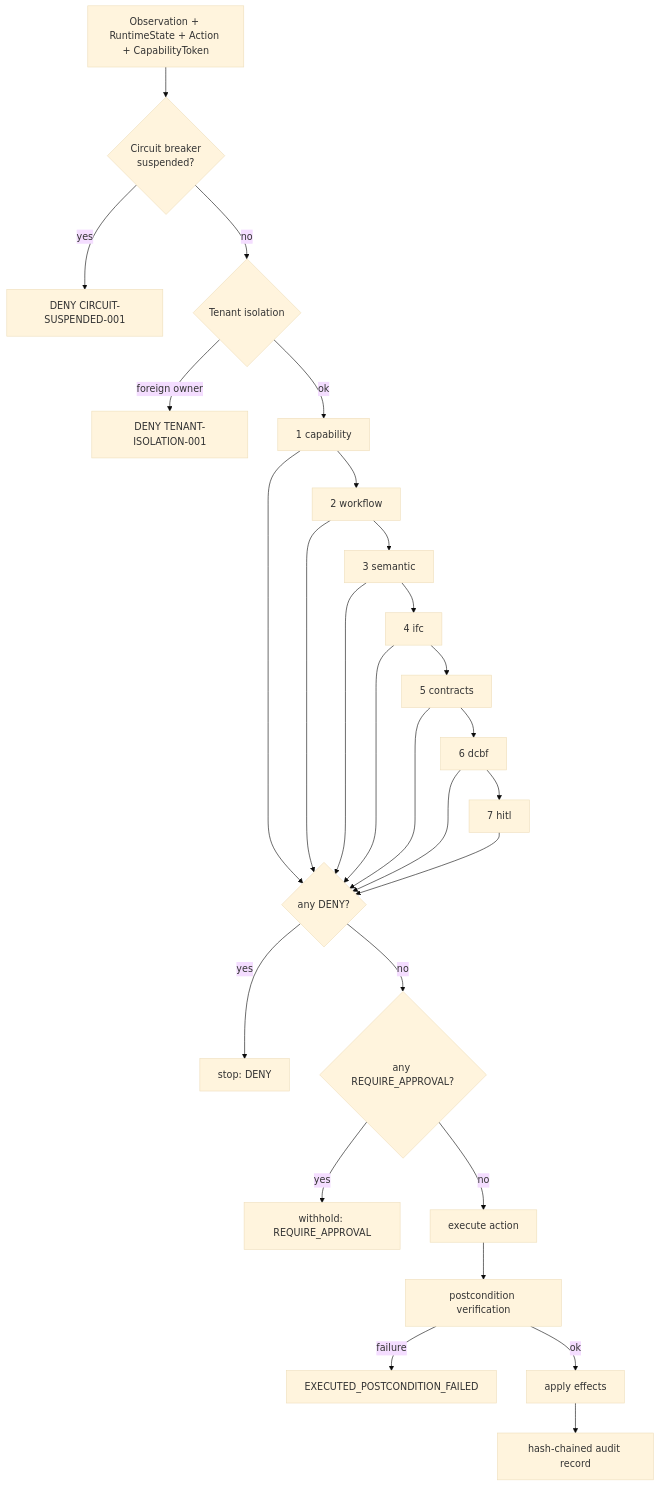
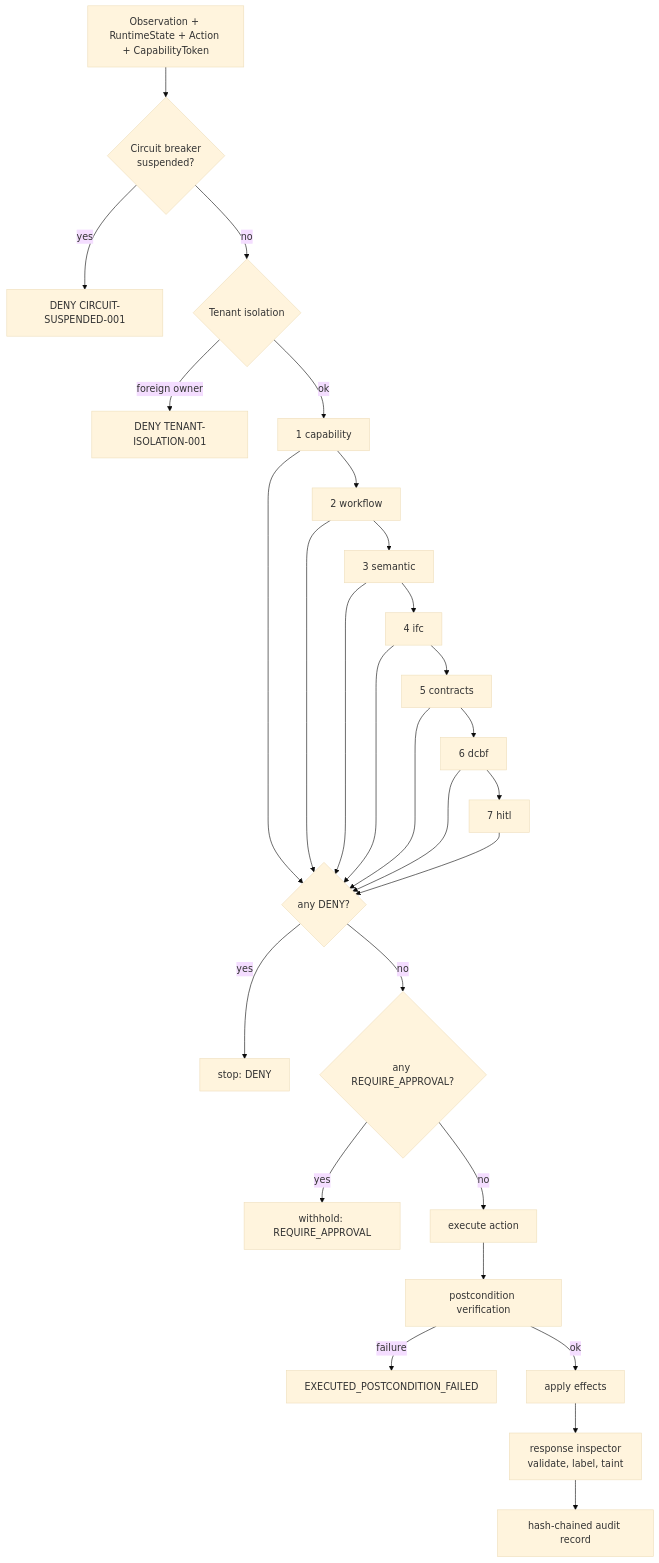
One commit to CharafeddineMechalikh/GATE changed the diagram in gate-zero-trust/docs/02_architecture.md. Above: the diagram before and after it, drawn with Mermaid (base theme). The commit also changed other lines of this file and 15 other files, not shown here.

````diff
--- a/gate-zero-trust/docs/02_architecture.md
+++ b/gate-zero-trust/docs/02_architecture.md
@@ -13,29 +13,30 @@
 ```mermaid
 flowchart TD
     A[Observation + RuntimeState + Action + CapabilityToken] --> B{Circuit breaker<br/>suspended?}
     B -- yes --> Z1[DENY CIRCUIT-SUSPENDED-001]
     B -- no --> C{Tenant isolation}
     C -- foreign owner --> Z2[DENY TENANT-ISOLATION-001]
     C -- ok --> D[1 capability]
     D --> E[2 workflow]
     E --> F[3 semantic]
     F --> G[4 ifc]
     G --> H[5 contracts]
     H --> I[6 dcbf]
     I --> J[7 hitl]
     D --> K{any DENY?}
     E --> K
     F --> K
     G --> K
     H --> K
     I --> K
     J --> K
     K -- yes --> Z3[stop: DENY]
     K -- no --> L{any REQUIRE_APPROVAL?}
     L -- yes --> Z4[withhold: REQUIRE_APPROVAL]
     L -- no --> M[execute action]
     M --> N[postcondition verification]
     N -- failure --> Z5[EXECUTED_POSTCONDITION_FAILED]
     N -- ok --> O[apply effects]
-    O --> P[hash-chained audit record]
+    O --> R[response inspector<br/>validate, label, taint]
+    R --> P[hash-chained audit record]
 ```
````
